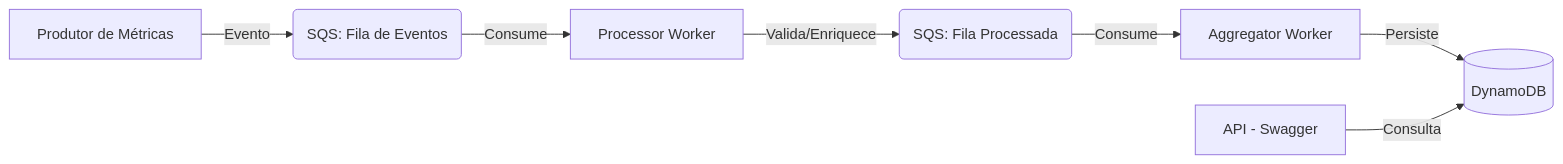
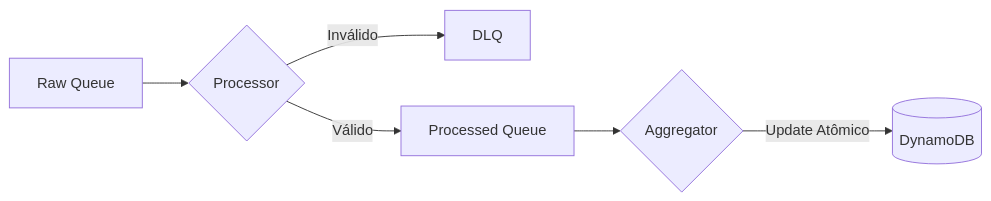
The diagram in README.md (JTBCode86/developer-metrics-pipeline), drawn with Mermaid before and after one commit. The commit also changed other lines of this file, not shown here.

````diff
--- a/README.md
+++ b/README.md
@@ -44,10 +63,9 @@
 ```mermaid
 graph LR
-    A[Produtor de Métricas] -->|Evento| B(SQS: Fila de Eventos)
-    B -->|Consume| C[Processor Worker]
-    C -->|Valida/Enriquece| D(SQS: Fila Processada)
-    D -->|Consume| E[Aggregator Worker]
-    E -->|Persiste| F[(DynamoDB)]
-    G[API - Swagger] -->|Consulta| F
+    A[Raw Queue] --> B{Processor}
+    B -->|Inválido| C[DLQ]
+    B -->|Válido| D[Processed Queue]
+    D --> E{Aggregator}
+    E -->|Update Atômico| F[(DynamoDB)]
 
 ```
````
